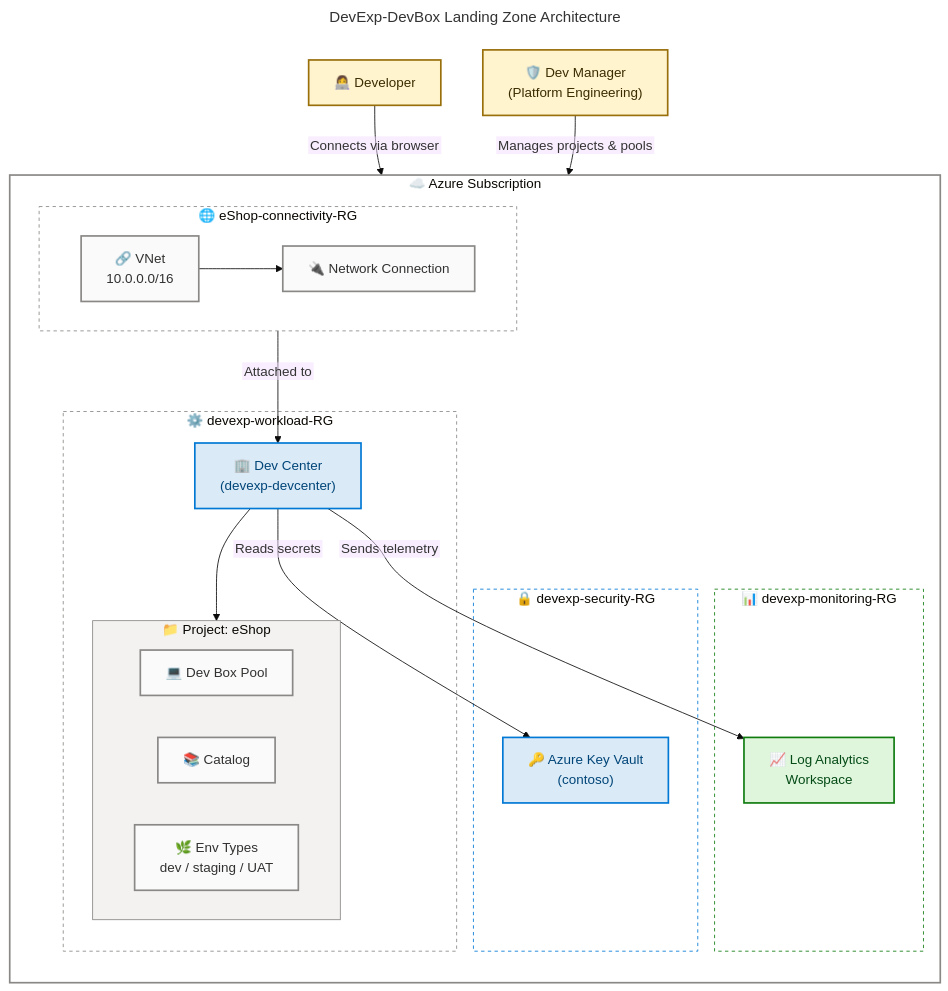
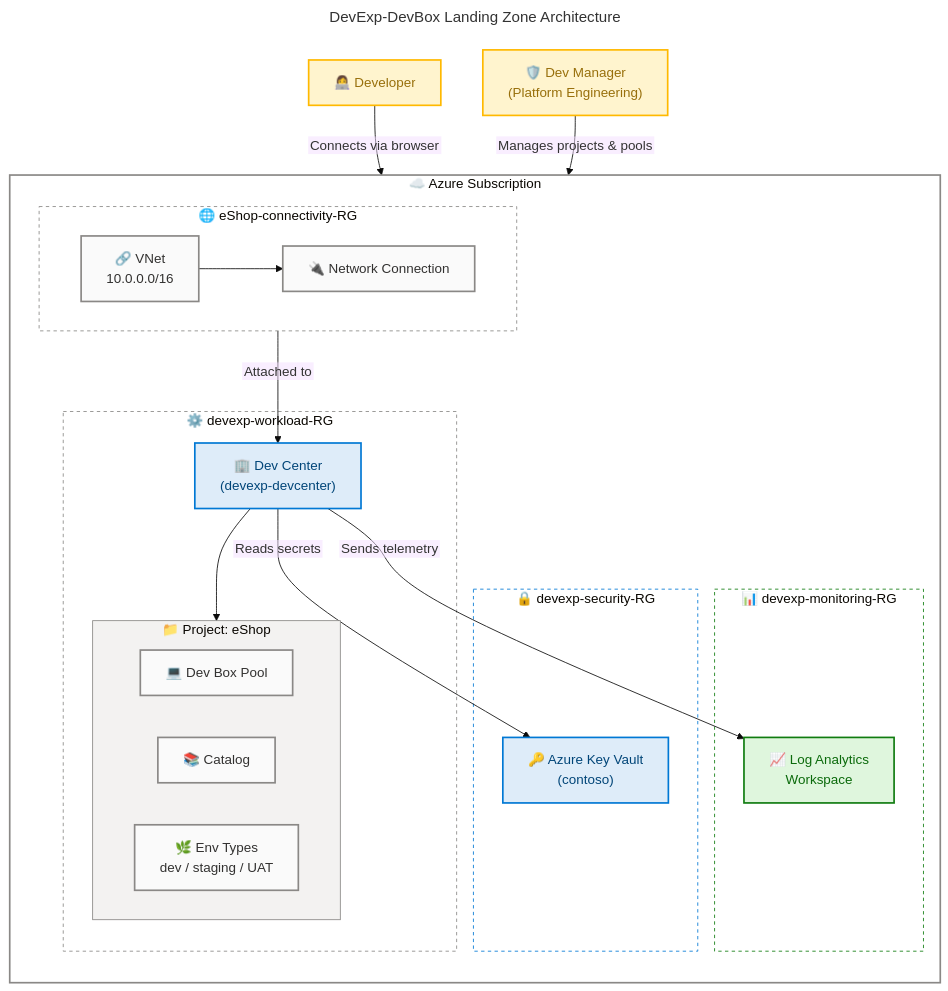
One commit to Evilazaro/DevExp-DevBox changed the diagram in README.md. Above: the diagram before and after it, drawn with Mermaid. The commit also changed other lines of this file, not shown here.

````diff
--- a/README.md
+++ b/README.md
@@ -56,35 +86,49 @@
 ---
 flowchart TB
     accTitle: DevExp-DevBox Landing Zone Architecture
-    accDescr: Azure Landing Zone layout with Security, Monitoring and Workload resource groups. The Dev Center hosts projects with managed network connections.
+    accDescr: Azure Landing Zone with Security, Monitoring and Workload resource groups. Dev Center hosts projects with managed network connections.
 
-    classDef external fill:#FFF4CE,stroke:#986F0B,stroke-width:2px,color:#3B2C00
-    classDef primary  fill:#DAEAF7,stroke:#0078D4,stroke-width:2px,color:#004578
-    classDef neutral  fill:#FAFAFA,stroke:#8A8886,stroke-width:2px,color:#323130
-    classDef success  fill:#DFF6DD,stroke:#107C10,stroke-width:2px,color:#054B16
+    %% ═══════════════════════════════════════════════════════════════════════════
+    %% AZURE / FLUENT ARCHITECTURE PATTERN v1.1
+    %% (Semantic + Structural + Font + Accessibility Governance)
+    %% ═══════════════════════════════════════════════════════════════════════════
+    %% PHASE 1 - STRUCTURAL: TB direction explicit, 3-level nesting
+    %%   sub (L1) → secRG / monRG / wlRG / netRG (L2) → proj (L3)
+    %%   6 subgraphs = 6 style directives (MRM-S001 compliant)
+    %% PHASE 2 - SEMANTIC: 4 colors within 5-color limit
+    %%   warning: External actors (Developer, DevManager) outside Azure boundary
+    %%   core:    Primary Azure services (Key Vault, Dev Center)
+    %%   success: Observability layer (Log Analytics Workspace)
+    %%   neutral: Infrastructure nodes (pools, catalogs, VNet, network connections)
+    %% PHASE 3 - FONT: WCAG AA compliant text on all backgrounds (4.5:1+)
+    %%   warning: #986F0B on #FFF4CE | core: #004578 on #DEECF9
+    %%   success: #0B6A0B on #DFF6DD | neutral: #323130 on #FAFAFA
+    %% PHASE 4 - ACCESSIBILITY: accTitle + accDescr present, icons on all nodes
+    %% PHASE 5 - STANDARD: v1.1 format, classDefs centralized, subgraphs use style
+    %% ═══════════════════════════════════════════════════════════════════════════
 
-    Developer["👩‍💻 Developer"]:::external
-    DevManager["🛡️ Dev Manager\n(Platform Engineering)"]:::external
+    Developer["👩‍💻 Developer"]:::warning
+    DevManager["🛡️ Dev Manager<br>(Platform Engineering)"]:::warning
 
     subgraph sub["☁️ Azure Subscription"]
         direction TB
 
         subgraph secRG["🔒 devexp-security-RG"]
-            KV["🔑 Azure Key Vault\n(contoso)"]:::primary
+            KV["🔑 Azure Key Vault<br>(contoso)"]:::core
         end
 
         subgraph monRG["📊 devexp-monitoring-RG"]
-            LA["📈 Log Analytics\nWorkspace"]:::success
+            LA["📈 Log Analytics<br>Workspace"]:::success
         end
 
         subgraph wlRG["⚙️ devexp-workload-RG"]
-            DC["🏢 Dev Center\n(devexp-devcenter)"]:::primary
+            DC["🏢 Dev Center<br>(devexp-devcenter)"]:::core
 
             subgraph proj["📁 Project: eShop"]
                 direction LR
                 Pool["💻 Dev Box Pool"]:::neutral
                 Cat["📚 Catalog"]:::neutral
-                EnvTypes["🌿 Env Types\ndev / staging / UAT"]:::neutral
+                EnvTypes["🌿 Env Types<br>dev / staging / UAT"]:::neutral
             end
 
             DC --> proj
@@ -92,7 +136,7 @@
 
         subgraph netRG["🌐 eShop-connectivity-RG"]
             direction LR
-            VNet["🔗 VNet\n10.0.0.0/16"]:::neutral
+            VNet["🔗 VNet<br>10.0.0.0/16"]:::neutral
             NC["🔌 Network Connection"]:::neutral
             VNet --> NC
         end
@@ -104,10 +148,17 @@
     DC -->|"Sends telemetry"| LA
     NC -->|"Attached to"| DC
 
-    style sub    fill:#FFFFFF,stroke:#8A8886,stroke-width:2px
-    style secRG  fill:#FFFFFF,stroke:#0078D4,stroke-width:1px,stroke-dasharray:4 4
-    style monRG  fill:#FFFFFF,stroke:#107C10,stroke-width:1px,stroke-dasharray:4 4
-    style wlRG   fill:#FFFFFF,stroke:#8A8886,stroke-width:1px,stroke-dasharray:4 4
-    style netRG  fill:#FFFFFF,stroke:#8A8886,stroke-width:1px,stroke-dasharray:4 4
-    style proj   fill:#F3F2F1,stroke:#8A8886,stroke-width:1px
+    %% Centralized classDefs
+    classDef warning  fill:#FFF4CE,stroke:#FFB900,stroke-width:2px,color:#986F0B
+    classDef core     fill:#DEECF9,stroke:#0078D4,stroke-width:2px,color:#004578
+    classDef neutral  fill:#FAFAFA,stroke:#8A8886,stroke-width:2px,color:#323130
+    classDef success  fill:#DFF6DD,stroke:#107C10,stroke-width:2px,color:#0B6A0B
+
+    %% Subgraph style directives (6 subgraphs = 6 style directives)
+    style sub    fill:#FFFFFF,stroke:#8A8886,stroke-width:2px,color:#323130
+    style secRG  fill:#FFFFFF,stroke:#0078D4,stroke-width:1px,stroke-dasharray:4 4,color:#323130
+    style monRG  fill:#FFFFFF,stroke:#107C10,stroke-width:1px,stroke-dasharray:4 4,color:#323130
+    style wlRG   fill:#FFFFFF,stroke:#8A8886,stroke-width:1px,stroke-dasharray:4 4,color:#323130
+    style netRG  fill:#FFFFFF,stroke:#8A8886,stroke-width:1px,stroke-dasharray:4 4,color:#323130
+    style proj   fill:#F3F2F1,stroke:#8A8886,stroke-width:1px,color:#323130
 ```
````
